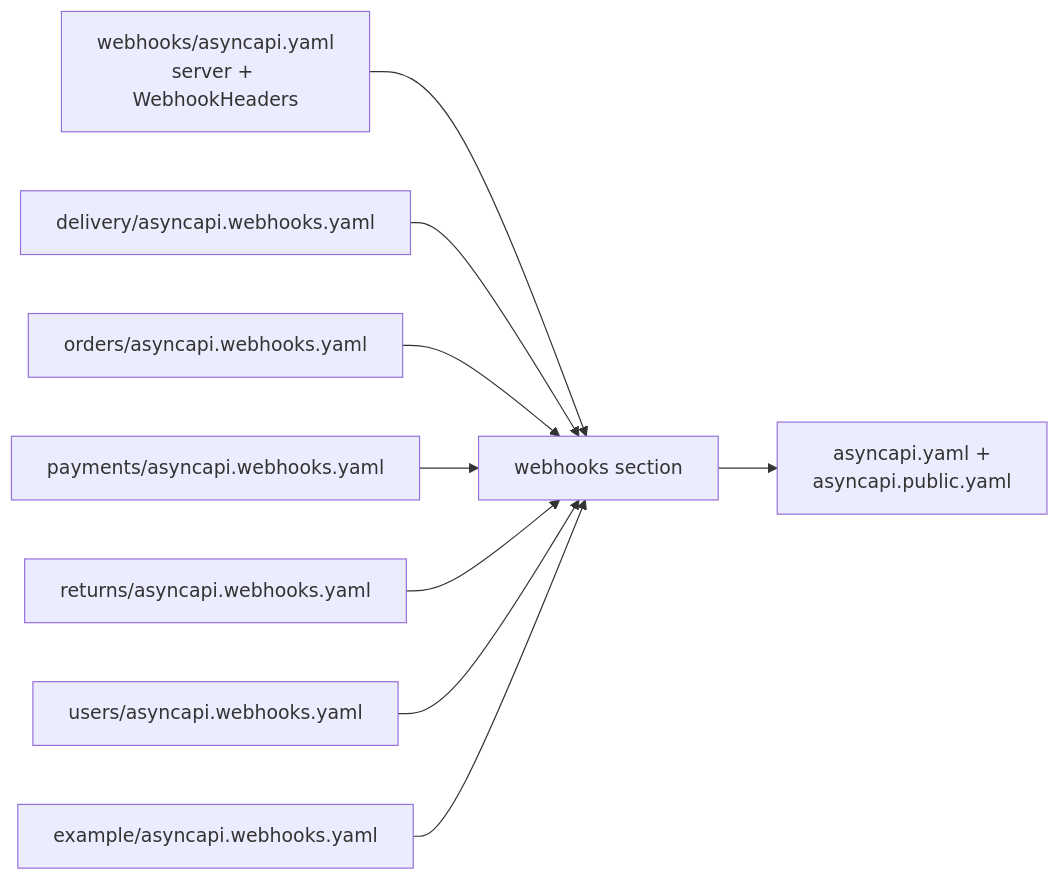
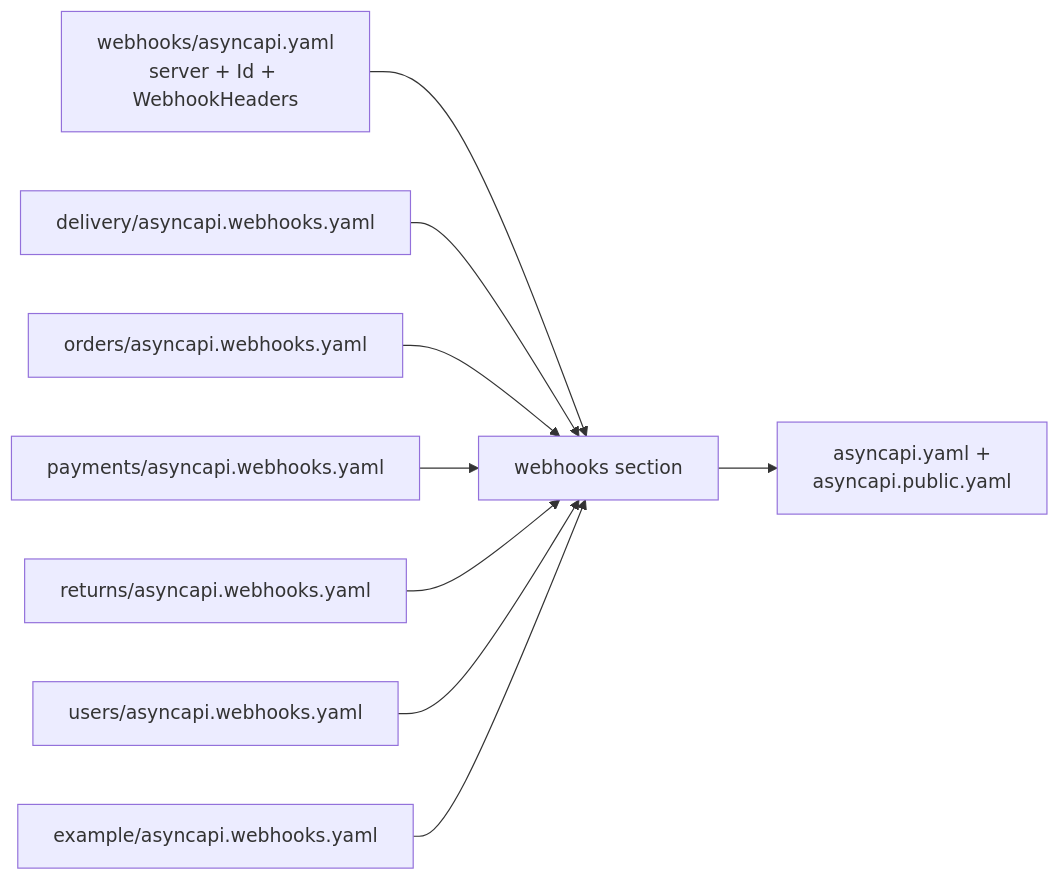
The second of 2 diagrams in docs/api/contract-fragmentation.md (Guebbit/boilerplate-node-backend), drawn with Mermaid before and after one commit. The commit also changed 14 other files, not shown here.

First line of the commit message:
feat(webhooks): webhook payloads name their closed codes, ids and bounds

````diff
--- a/docs/api/contract-fragmentation.md
+++ b/docs/api/contract-fragmentation.md
@@ -421,11 +421,11 @@
 ```mermaid
 flowchart LR
-    W["webhooks/asyncapi.yaml<br/>server + WebhookHeaders"] --> S["webhooks section"]
+    W["webhooks/asyncapi.yaml<br/>server + Id + WebhookHeaders"] --> S["webhooks section"]
     D["delivery/asyncapi.webhooks.yaml"] --> S
     O["orders/asyncapi.webhooks.yaml"] --> S
     P["payments/asyncapi.webhooks.yaml"] --> S
     R["returns/asyncapi.webhooks.yaml"] --> S
     U["users/asyncapi.webhooks.yaml"] --> S
     E["example/asyncapi.webhooks.yaml"] --> S
     S --> B["asyncapi.yaml +<br/>asyncapi.public.yaml"]
 ```
````
